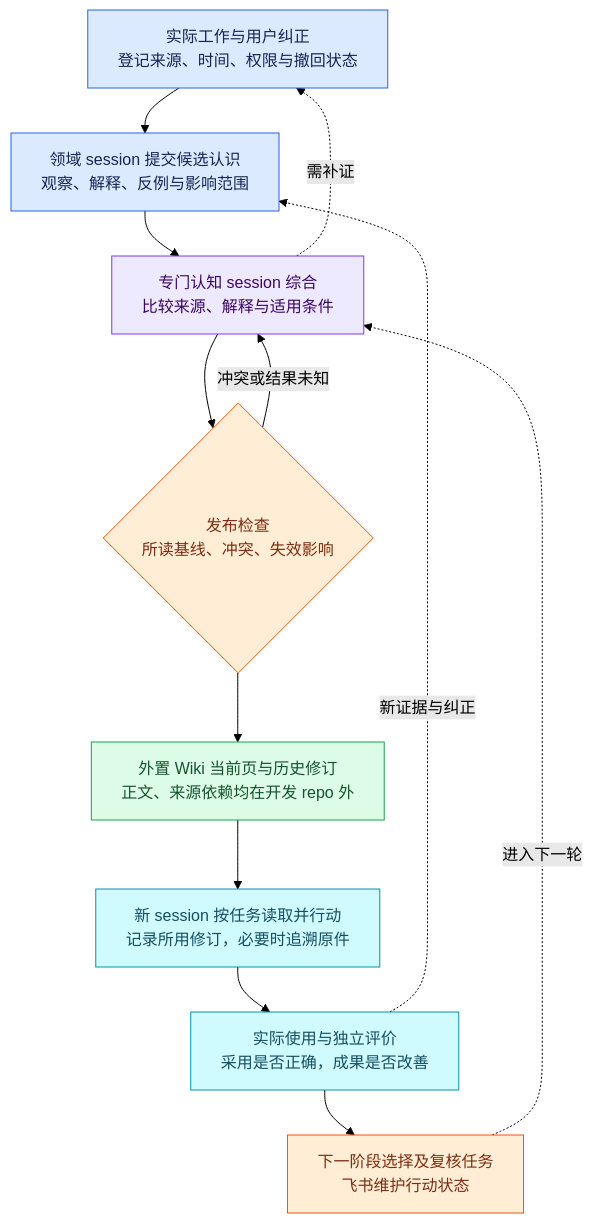
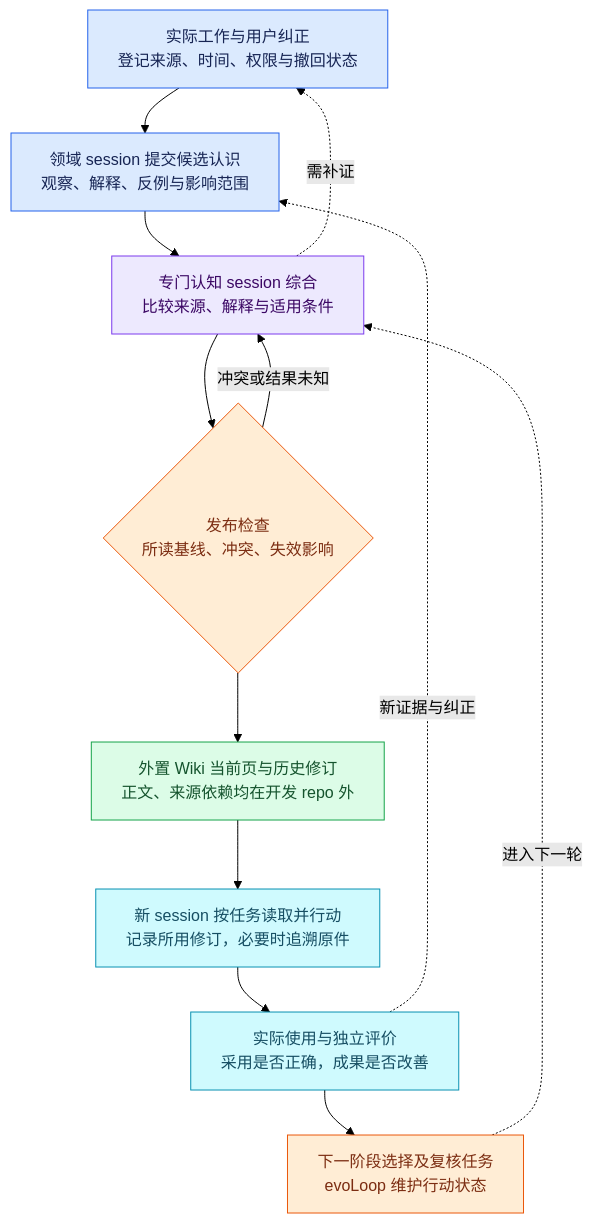
The diagram in docs/product/wiki-evaluation.md (cyl19970726/evoLoop), drawn with Mermaid (forest theme) before and after one commit. The commit also changed other lines of this file and 20 other files, not shown here.

````diff
--- a/docs/product/wiki-evaluation.md
+++ b/docs/product/wiki-evaluation.md
@@ -23,22 +23,22 @@
 ```mermaid
 %%{init: {"flowchart":{"wrappingWidth":260,"nodeSpacing":35,"rankSpacing":45}}}%%
 flowchart TB
   A["实际工作与用户纠正<br/>登记来源、时间、权限与撤回状态"]:::input
   B["领域 session 提交候选认识<br/>观察、解释、反例与影响范围"]:::input
   C["专门认知 session 综合<br/>比较来源、解释与适用条件"]:::reason
   P{"发布检查<br/>所读基线、冲突、失效影响"}:::control
   D["外置 Wiki 当前页与历史修订<br/>正文、来源依赖均在开发 repo 外"]:::store
   F["新 session 按任务读取并行动<br/>记录所用修订，必要时追溯原件"]:::consumer
   G["实际使用与独立评价<br/>采用是否正确，成果是否改善"]:::consumer
-  T["下一阶段选择及复核任务<br/>飞书维护行动状态"]:::control
+  T["下一阶段选择及复核任务<br/>evoLoop 维护行动状态"]:::control
   A --> B --> C --> P --> D --> F --> G --> T
   C -.->|需补证| A
   P -->|冲突或结果未知| C
   G -.->|新证据与纠正| B
   T -.->|进入下一轮| C
   classDef input fill:#dbeafe,stroke:#2563eb,color:#172554
   classDef reason fill:#ede9fe,stroke:#7c3aed,color:#3b0764
   classDef store fill:#dcfce7,stroke:#16a34a,color:#14532d
   classDef consumer fill:#cffafe,stroke:#0891b2,color:#164e63
   classDef control fill:#ffedd5,stroke:#ea580c,color:#7c2d12
 ```
````
